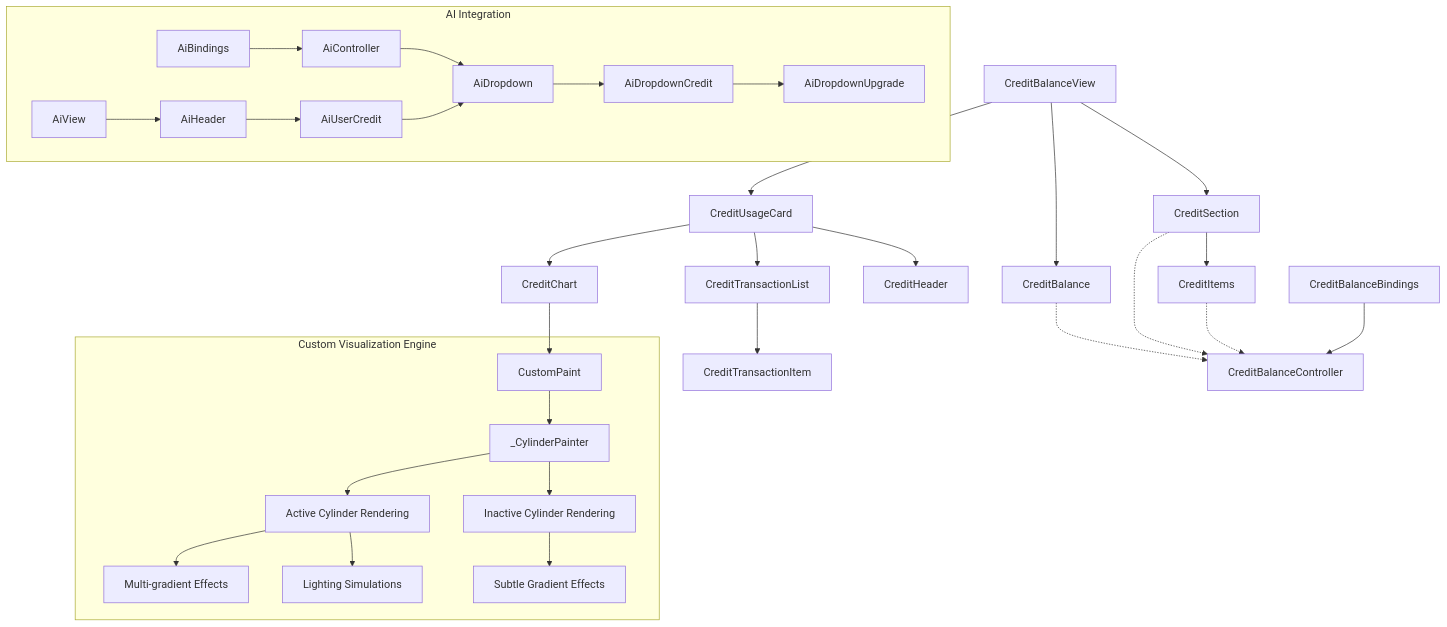
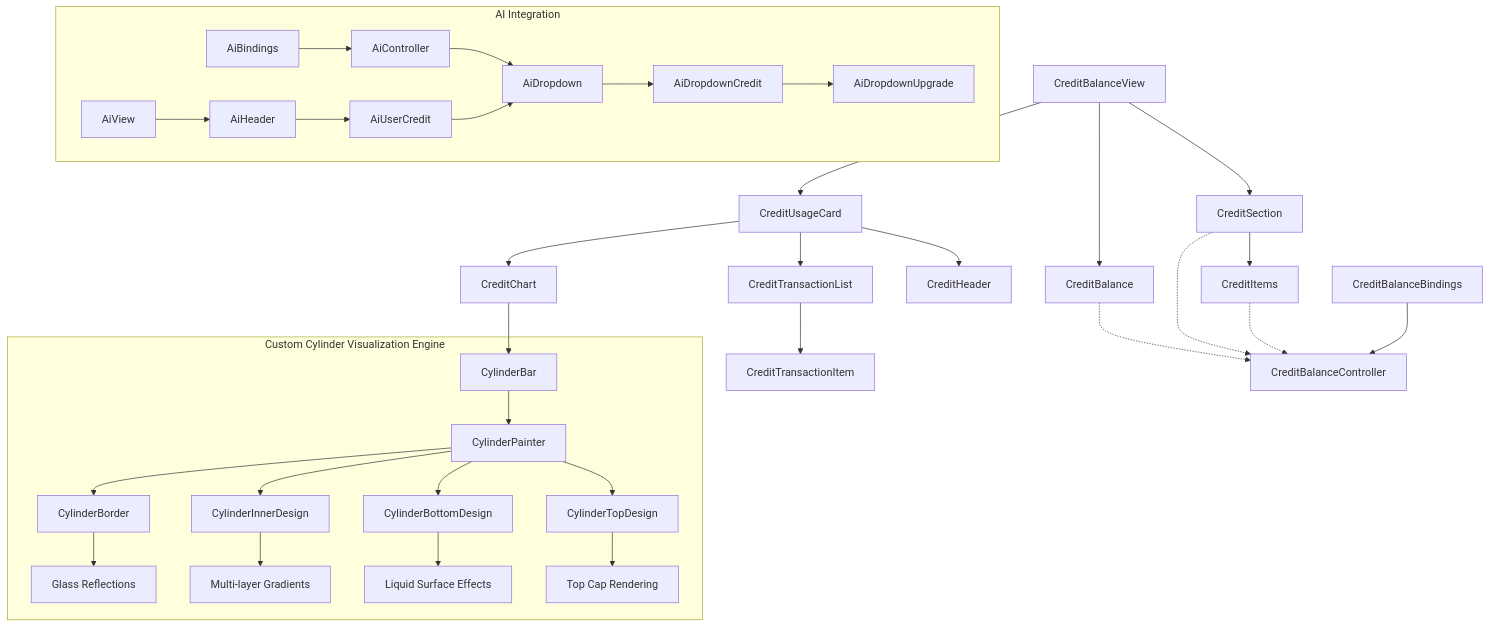
The second of 15 diagrams in .qoder/repowiki/en/content/Core Features/User Profile Management/Credit Balance System.md (Ariful3111/FurniGo), drawn with Mermaid before and after one commit. The commit also changed other lines of this file and 10 other files, not shown here.

````diff
--- a/.qoder/repowiki/en/content/Core Features/User Profile Management/Credit Balance System.md
+++ b/.qoder/repowiki/en/content/Core Features/User Profile Management/Credit Balance System.md
@@ -182,33 +202,36 @@
 ```mermaid
 graph TB
 A["CreditBalanceView"] --> B["CreditBalance"]
 A --> C["CreditSection"]
 A --> D["CreditUsageCard"]
 C --> E["CreditItems"]
 D --> F["CreditHeader"]
 D --> G["CreditChart"]
 D --> H["CreditTransactionList"]
 H --> I["CreditTransactionItem"]
 B -.-> J["CreditBalanceController"]
 C -.-> J
 E -.-> J
 K["CreditBalanceBindings"] --> J
-subgraph "Custom Visualization Engine"
-L["CustomPaint"] --> M["_CylinderPainter"]
-M --> N["Active Cylinder Rendering"]
-M --> O["Inactive Cylinder Rendering"]
-N --> P["Multi-gradient Effects"]
-N --> Q["Lighting Simulations"]
-O --> R["Subtle Gradient Effects"]
+subgraph "Custom Cylinder Visualization Engine"
+L["CylinderBar"] --> M["CylinderPainter"]
+M --> N["CylinderBorder"]
+M --> O["CylinderInnerDesign"]
+M --> P["CylinderBottomDesign"]
+M --> Q["CylinderTopDesign"]
+N --> R["Glass Reflections"]
+O --> S["Multi-layer Gradients"]
+P --> T["Liquid Surface Effects"]
+Q --> U["Top Cap Rendering"]
 end
 subgraph "AI Integration"
-S["AiController"] --> T["AiDropdown"]
-T --> U["AiDropdownCredit"]
-U --> V["AiDropdownUpgrade"]
-W["AiUserCredit"] --> T
-X["AiHeader"] --> W
-Y["AiView"] --> X
-Z["AiBindings"] --> S
+V["AiController"] --> W["AiDropdown"]
+W --> X["AiDropdownCredit"]
+X --> Y["AiDropdownUpgrade"]
+Z["AiUserCredit"] --> W
+AA["AiHeader"] --> Z
+AB["AiView"] --> AA
+AC["AiBindings"] --> V
 end
 G --> L
 ```
````
